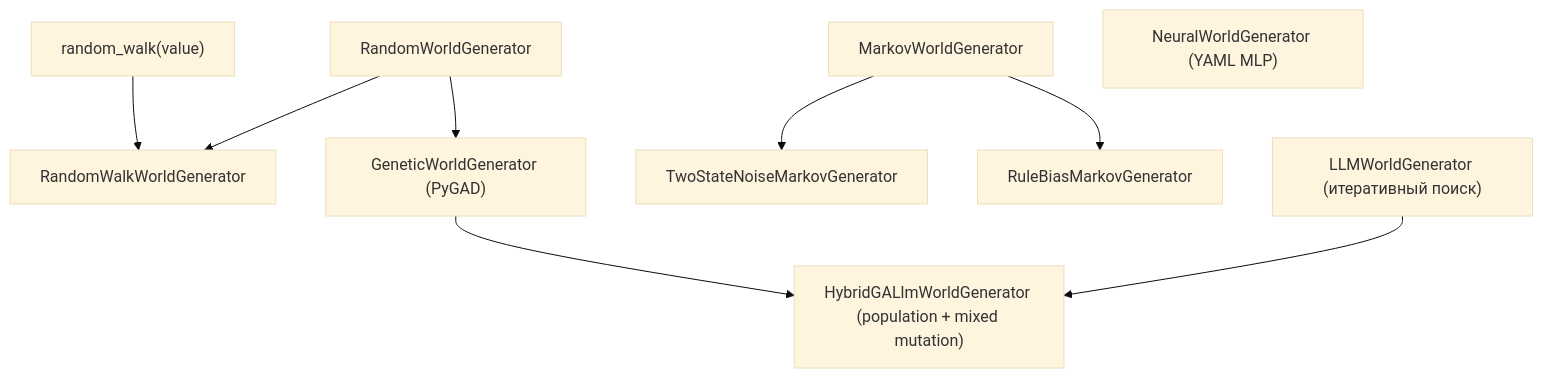
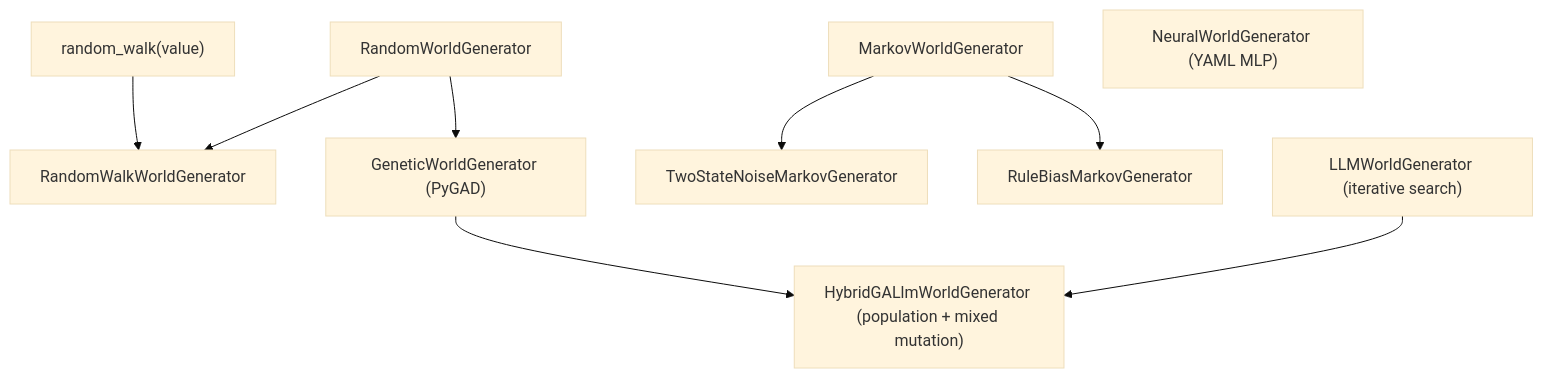
One commit to Starovoitov/LifeManifold changed the eighth of 8 diagrams in docs/WORLDSPACE.md. Above: the diagram before and after it, drawn with Mermaid (base theme). The commit also changed other lines of this file and 4 other files, not shown here.

````diff
--- a/docs/WORLDSPACE.md
+++ b/docs/WORLDSPACE.md
@@ -452,20 +443,20 @@
 ```mermaid
 flowchart TB
   RW["random_walk(value)"]
   RWG["RandomWorldGenerator"]
   RWW["RandomWalkWorldGenerator"]
   MW["MarkovWorldGenerator"]
   TS["TwoStateNoiseMarkovGenerator"]
   RB["RuleBiasMarkovGenerator"]
   GA["GeneticWorldGenerator (PyGAD)"]
-  LLM["LLMWorldGenerator (итеративный поиск)"]
+  LLM["LLMWorldGenerator (iterative search)"]
   HBR["HybridGALlmWorldGenerator (population + mixed mutation)"]
   NN["NeuralWorldGenerator (YAML MLP)"]
   RW --> RWW
   RWG --> RWW
   MW --> TS
   MW --> RB
   RWG --> GA
   GA --> HBR
   LLM --> HBR
 ```
````
